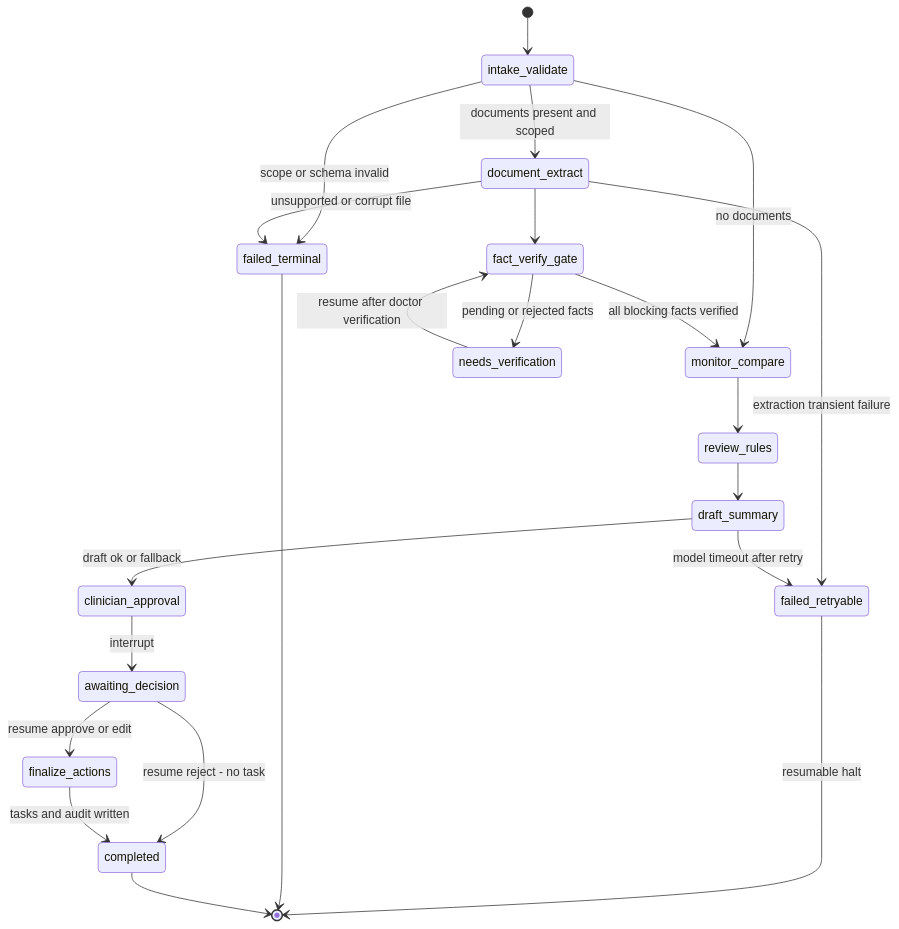
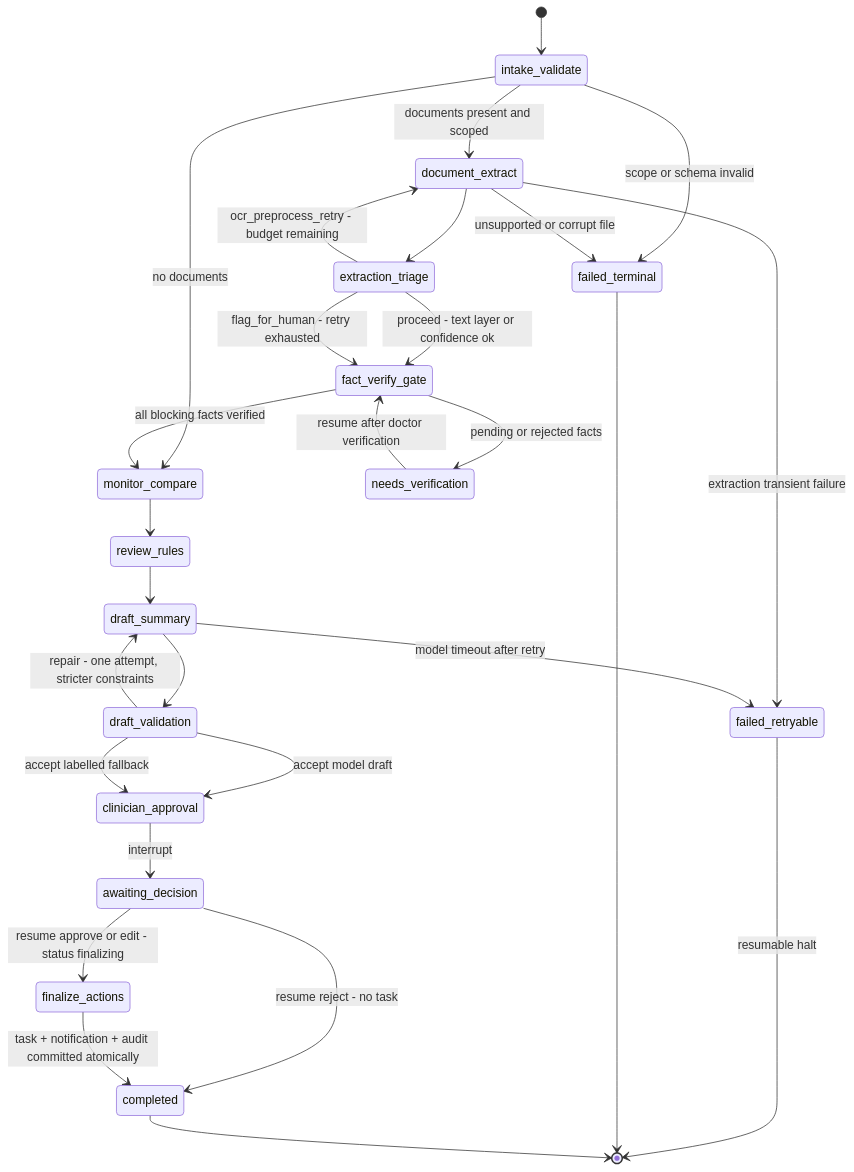
The diagram in docs/contracts/STATE_AND_GRAPH_CONTRACT.md (Muhammed-Fathi/AI-Doctor-FollowUp-Agent), drawn with Mermaid before and after one commit. The commit also changed other lines of this file and 21 other files, not shown here.

````diff
--- a/docs/contracts/STATE_AND_GRAPH_CONTRACT.md
+++ b/docs/contracts/STATE_AND_GRAPH_CONTRACT.md
@@ -301,24 +339,30 @@
 ```mermaid
 stateDiagram-v2
     [*] --> intake_validate
     intake_validate --> document_extract: documents present and scoped
     intake_validate --> monitor_compare: no documents
     intake_validate --> failed_terminal: scope or schema invalid
-    document_extract --> fact_verify_gate
+    document_extract --> extraction_triage
+    extraction_triage --> document_extract: ocr_preprocess_retry - budget remaining
+    extraction_triage --> fact_verify_gate: proceed - text layer or confidence ok
+    extraction_triage --> fact_verify_gate: flag_for_human - retry exhausted
     document_extract --> failed_retryable: extraction transient failure
     document_extract --> failed_terminal: unsupported or corrupt file
     fact_verify_gate --> monitor_compare: all blocking facts verified
     fact_verify_gate --> needs_verification: pending or rejected facts
     needs_verification --> fact_verify_gate: resume after doctor verification
     monitor_compare --> review_rules
     review_rules --> draft_summary
-    draft_summary --> clinician_approval: draft ok or fallback
+    draft_summary --> draft_validation
+    draft_validation --> draft_summary: repair - one attempt, stricter constraints
+    draft_validation --> clinician_approval: accept model draft
+    draft_validation --> clinician_approval: accept labelled fallback
     draft_summary --> failed_retryable: model timeout after retry
     clinician_approval --> awaiting_decision: interrupt
-    awaiting_decision --> finalize_actions: resume approve or edit
+    awaiting_decision --> finalize_actions: resume approve or edit - status finalizing
     awaiting_decision --> completed: resume reject - no task
-    finalize_actions --> completed: tasks and audit written
+    finalize_actions --> completed: task + notification + audit committed atomically
     failed_retryable --> [*]: resumable halt
     failed_terminal --> [*]
     completed --> [*]
 ```
````
